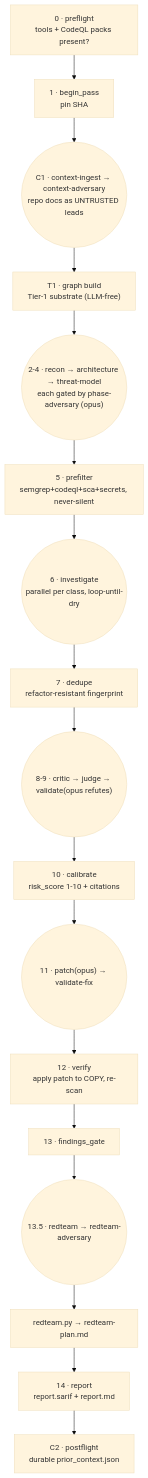
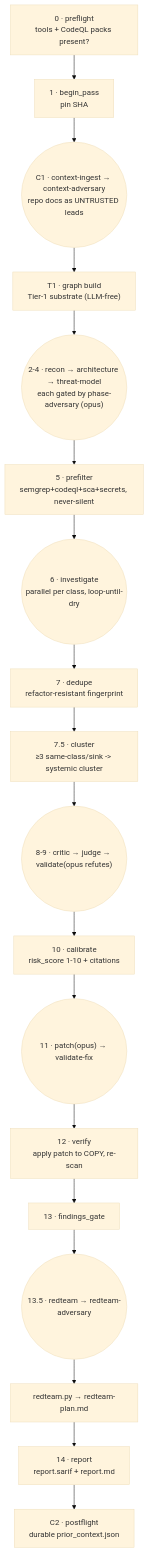
Before and after one commit to cjbischoff/cjbischoff-claude-code-tools: the second of 2 diagrams in plugins/sec-overlay/skills/sec-overlay/README.md, drawn with Mermaid (base theme). The commit also changed other lines of this file and 9 other files, not shown here.

````diff
--- a/plugins/sec-overlay/skills/sec-overlay/README.md
+++ b/plugins/sec-overlay/skills/sec-overlay/README.md
@@ -92,19 +92,20 @@
 ```mermaid
 flowchart TD
     P0["0 · preflight<br/>tools + CodeQL packs present?"] --> P1["1 · begin_pass<br/>pin SHA"]
     P1 --> C1(("C1 · context-ingest → context-adversary<br/>repo docs as UNTRUSTED leads"))
     C1 --> T1["T1 · graph build<br/>Tier-1 substrate (LLM-free)"]
     T1 --> RA(("2-4 · recon → architecture → threat-model<br/>each gated by phase-adversary (opus)"))
     RA --> PRE["5 · prefilter<br/>semgrep+codeql+sca+secrets, never-silent"]
     PRE --> INV(("6 · investigate<br/>parallel per class, loop-until-dry"))
     INV --> DED["7 · dedupe<br/>refactor-resistant fingerprint"]
-    DED --> LAD(("8-9 · critic → judge → validate(opus refutes)"))
+    DED --> CLUS["7.5 · cluster<br/>≥3 same-class/sink -> systemic cluster"]
+    CLUS --> LAD(("8-9 · critic → judge → validate(opus refutes)"))
     LAD --> CAL["10 · calibrate<br/>risk_score 1-10 + citations"]
     CAL --> PAT(("11 · patch(opus) → validate-fix"))
     PAT --> VER["12 · verify<br/>apply patch to COPY, re-scan"]
     VER --> GATE["13 · findings_gate"]
     GATE --> RT(("13.5 · redteam → redteam-adversary"))
     RT --> RTR["redteam.py → redteam-plan.md"]
     RTR --> REP["14 · report<br/>report.sarif + report.md"]
     REP --> C2["C2 · postflight<br/>durable prior_context.json"]
 ```
````
